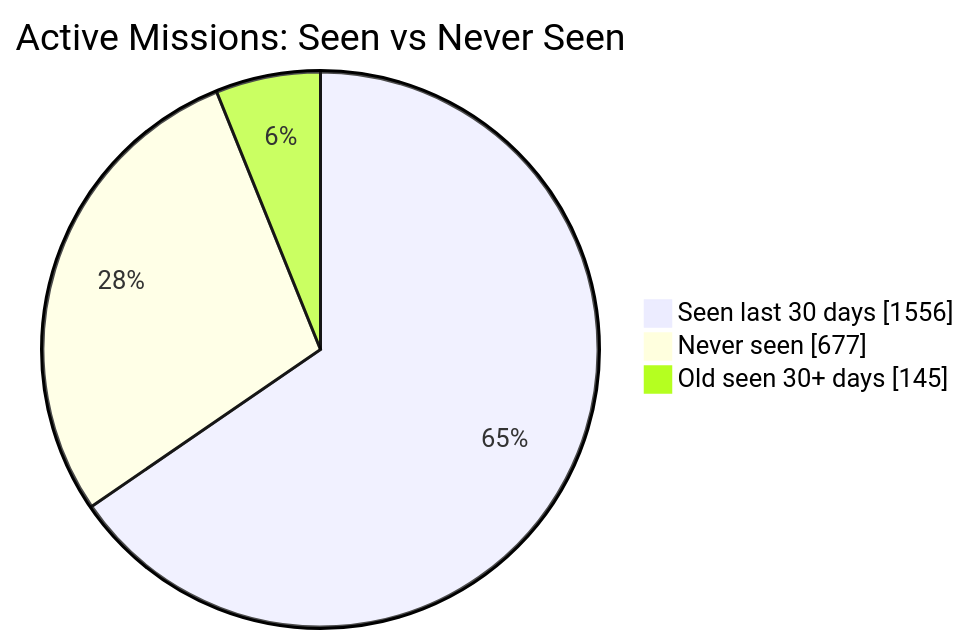
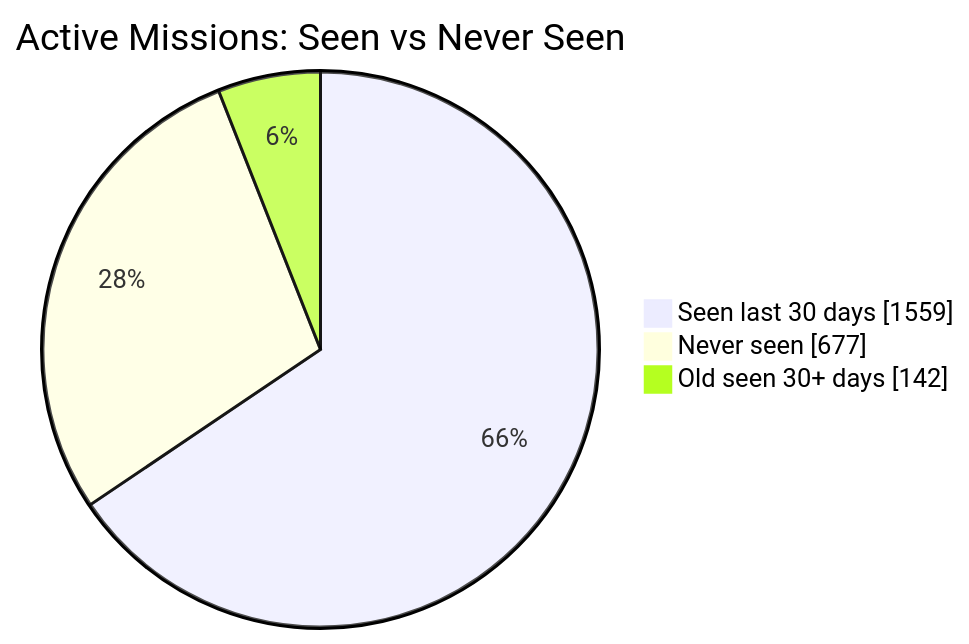
Before and after one commit to MeldkamerspelGameTeam/active-missions: the first of 2 diagrams in README.md, drawn with Mermaid. The commit also changed other lines of this file and 2 other files, not shown here.

````diff
--- a/README.md
+++ b/README.md
@@ -34,7 +34,7 @@
 ```mermaid
 pie showData
     title Active Missions: Seen vs Never Seen
-    "Seen last 30 days" : 1556
+    "Seen last 30 days" : 1559
     "Never seen" : 677
-    "Old seen 30+ days" : 145
+    "Old seen 30+ days" : 142
 ```
````
